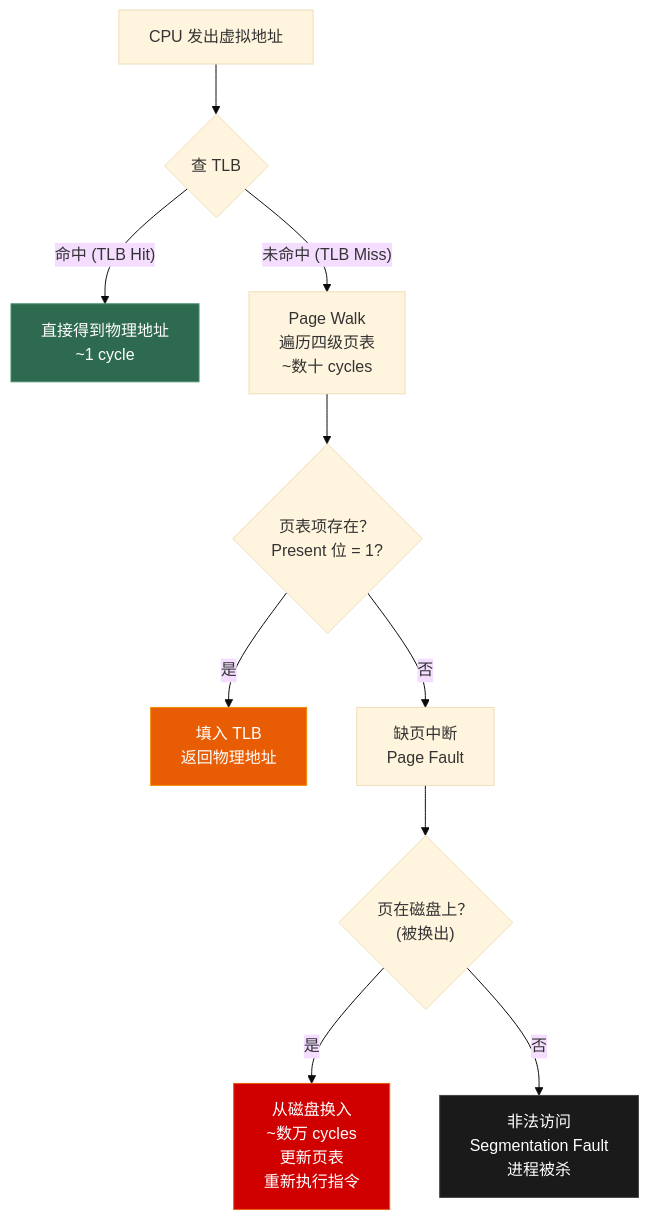
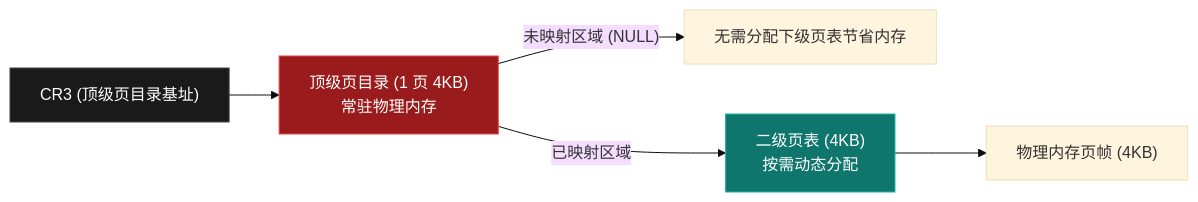
One commit to Lumivers/firefly changed the second of 3 diagrams in src/content/posts/os/03_memory_management.md. Above: the diagram before and after it, drawn with Mermaid (base theme). The commit also changed other lines of this file and 39 other files, not shown here.

````diff
--- a/src/content/posts/os/03_memory_management.md
+++ b/src/content/posts/os/03_memory_management.md
@@ -159,17 +80,11 @@
 ```mermaid
-graph TD
-    A["CPU 发出虚拟地址"] --> B{"查 TLB"}
-    B -->|"命中 (TLB Hit)"| C["直接得到物理地址\n~1 cycle"]
-    B -->|"未命中 (TLB Miss)"| D["Page Walk\n遍历四级页表\n~数十 cycles"]
-    D --> E{"页表项存在？\nPresent 位 = 1?"}
-    E -->|"是"| F["填入 TLB\n返回物理地址"]
-    E -->|"否"| G["缺页中断\nPage Fault"]
-    G --> H{"页在磁盘上？\n(被换出)"}
-    H -->|"是"| I["从磁盘换入\n~数万 cycles\n更新页表\n重新执行指令"]
-    H -->|"否"| J["非法访问\nSegmentation Fault\n进程被杀"]
+graph LR
+    CR3["CR3 (顶级页目录基址)"] --> L1["顶级页目录 (1 页 4KB)\n常驻物理内存"]
+    L1 -->|"未映射区域 (NULL)"| Unused["无需分配下级页表节省内存"]
+    L1 -->|"已映射区域"| L2["二级页表 (4KB)\n按需动态分配"]
+    L2 --> Phys["物理内存页帧 (4KB)"]
 
-    style C fill:#2d6a4f,stroke:#40916c,color:white
-    style F fill:#e85d04,stroke:#f48c06,color:white
-    style I fill:#d00000,stroke:#e85d04,color:white
-    style J fill:#1a1a1a,stroke:#444,color:white
+    style CR3 fill:#1a1a1a,stroke:#444,color:white
+    style L1 fill:#991b1b,stroke:#ef4444,color:white
+    style L2 fill:#0f766e,stroke:#14b8a6,color:white
 ```
````
